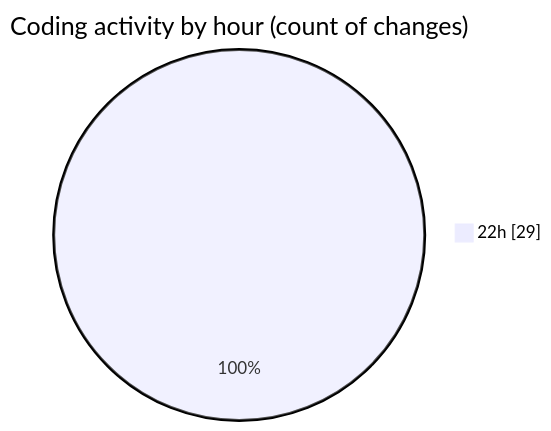
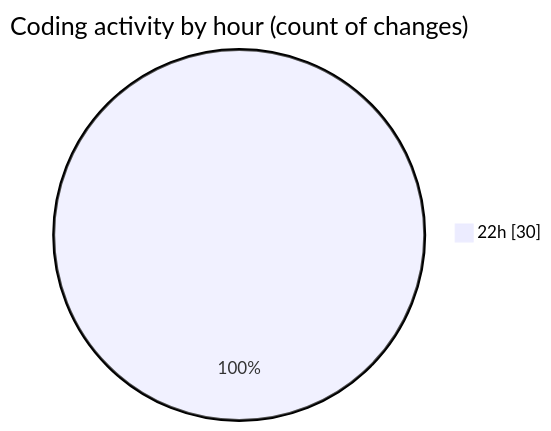
One commit to lephambinh05/code-tracking changed the second of 2 diagrams in 2025-07-14/nhahang/README.md. Above: the diagram before and after it, drawn with Mermaid. The commit also changed other lines of this file and 1 other file, not shown here.

````diff
--- a/2025-07-14/nhahang/README.md
+++ b/2025-07-14/nhahang/README.md
@@ -43,5 +43,5 @@
 ```mermaid
 pie showData
 title Coding activity by hour (count of changes)
-"22h" : 29
+"22h" : 30
 ```
````
